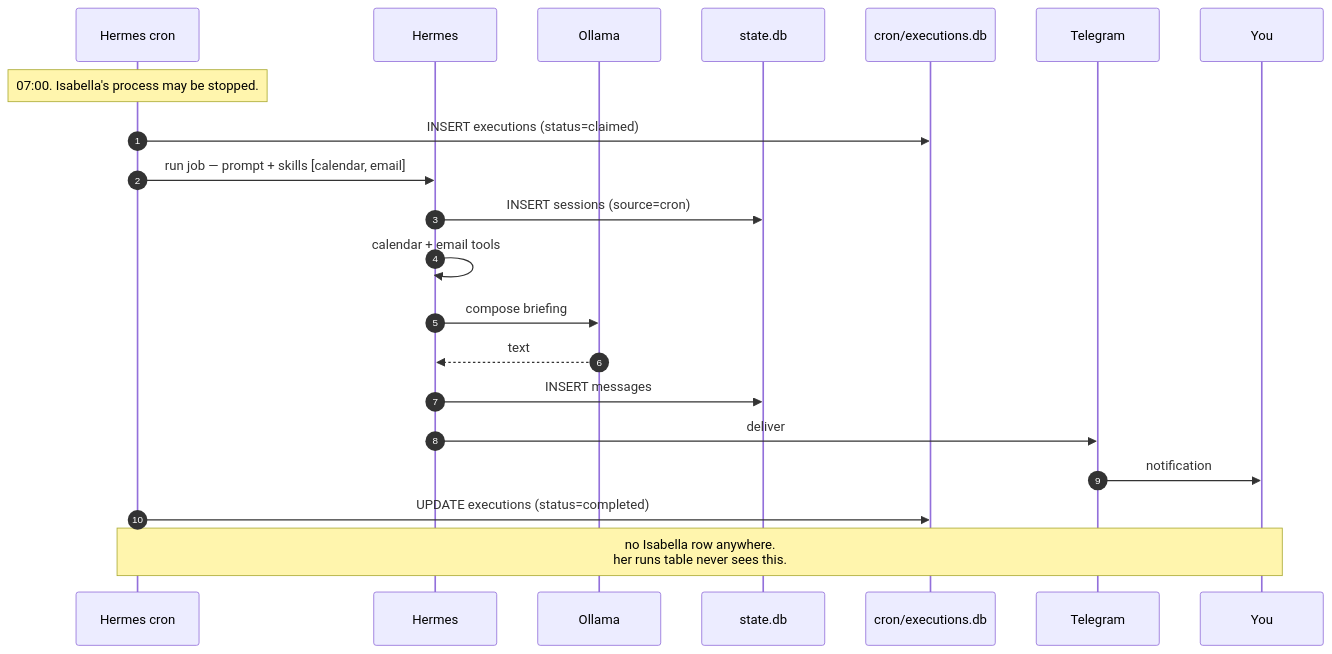
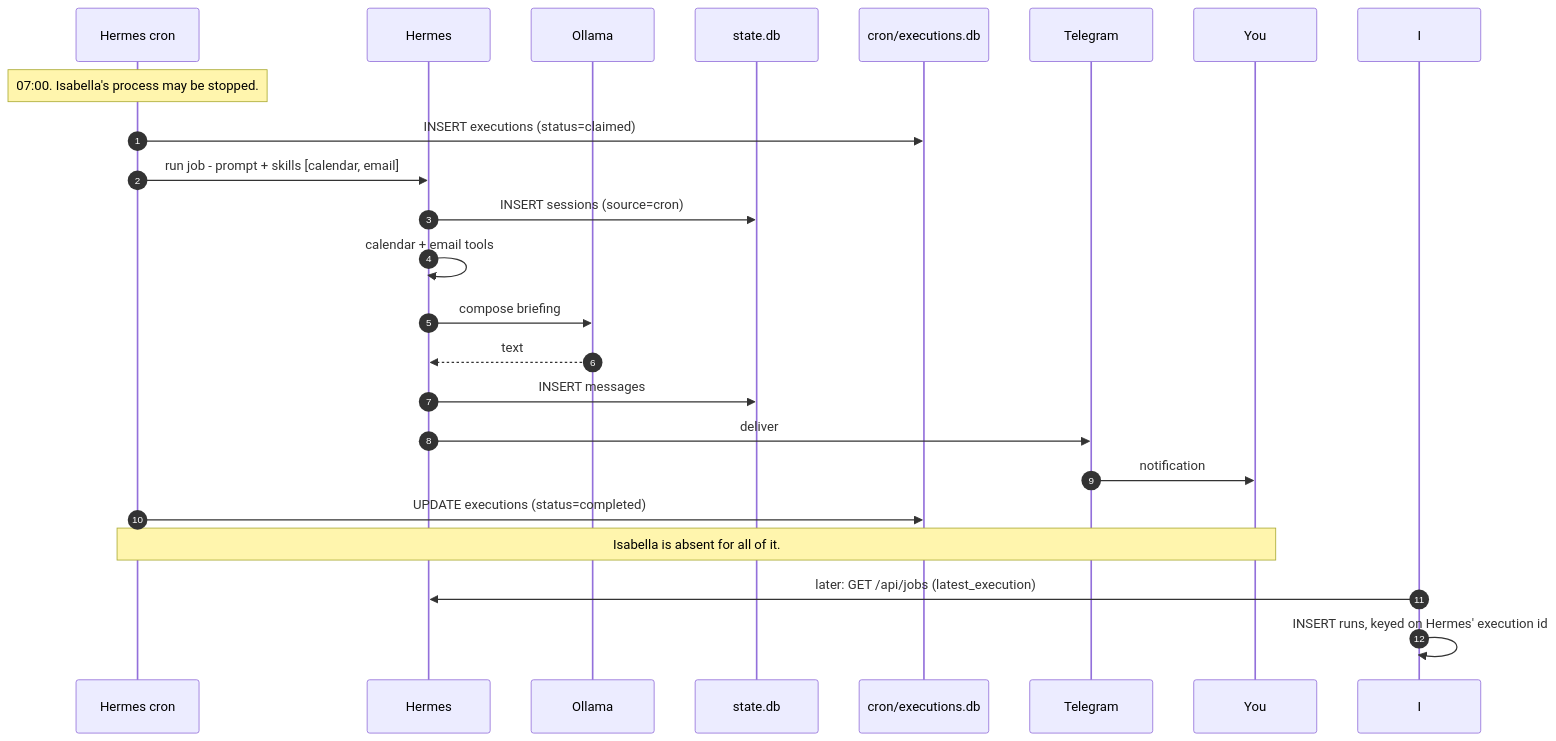
One commit to RiceBoyy/Isabella changed the second of 4 diagrams in DATA.md. Above: the diagram before and after it, drawn with Mermaid. The commit also changed other lines of this file and 72 other files, not shown here.

````diff
--- a/DATA.md
+++ b/DATA.md
@@ -120,24 +120,26 @@
 ```mermaid
 sequenceDiagram
     autonumber
     participant C as Hermes cron
     participant H as Hermes
     participant O as Ollama
     participant D as state.db
     participant X as cron/executions.db
     participant T as Telegram
     participant U as You
 
     Note over C: 07:00. Isabella's process may be stopped.
     C->>X: INSERT executions (status=claimed)
-    C->>H: run job — prompt + skills [calendar, email]
+    C->>H: run job - prompt + skills [calendar, email]
     H->>D: INSERT sessions (source=cron)
     H->>H: calendar + email tools
     H->>O: compose briefing
     O-->>H: text
     H->>D: INSERT messages
     H->>T: deliver
     T->>U: notification
     C->>X: UPDATE executions (status=completed)
-    Note over C,U: no Isabella row anywhere.<br/>her runs table never sees this.
+    Note over C,U: Isabella is absent for all of it.
+    I->>H: later: GET /api/jobs (latest_execution)
+    I->>I: INSERT runs, keyed on Hermes' execution id
 ```
````
